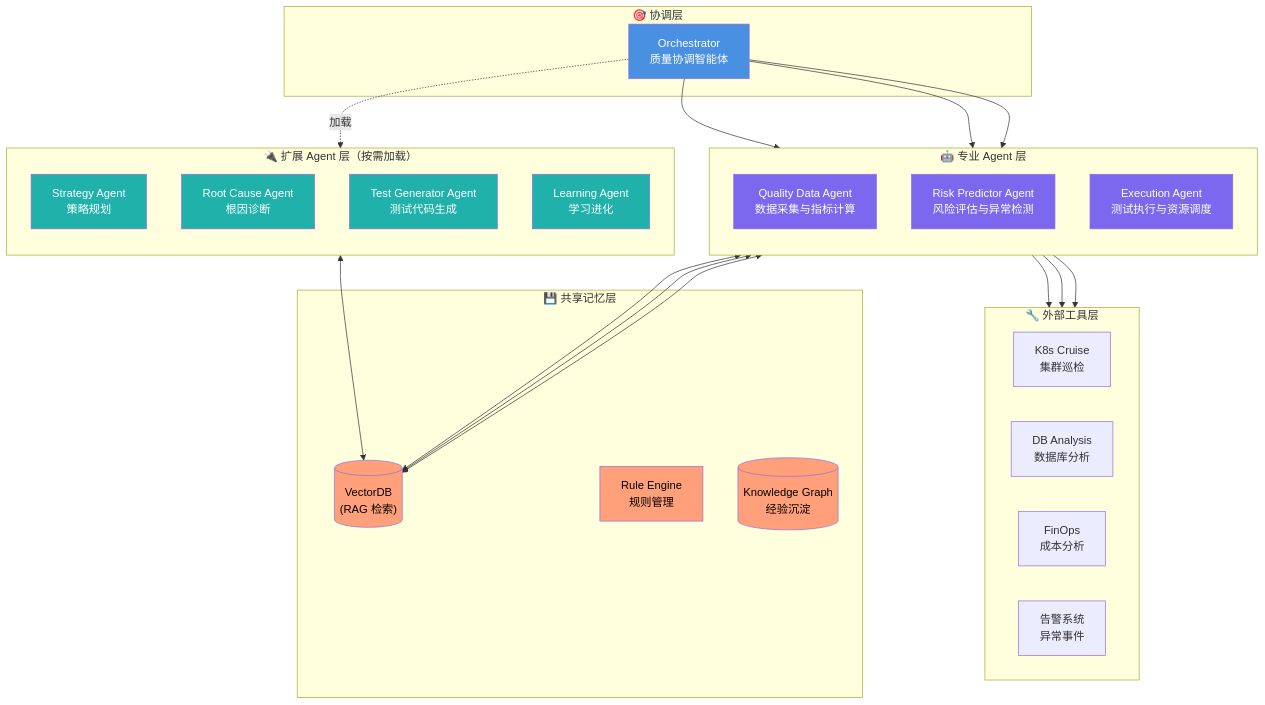
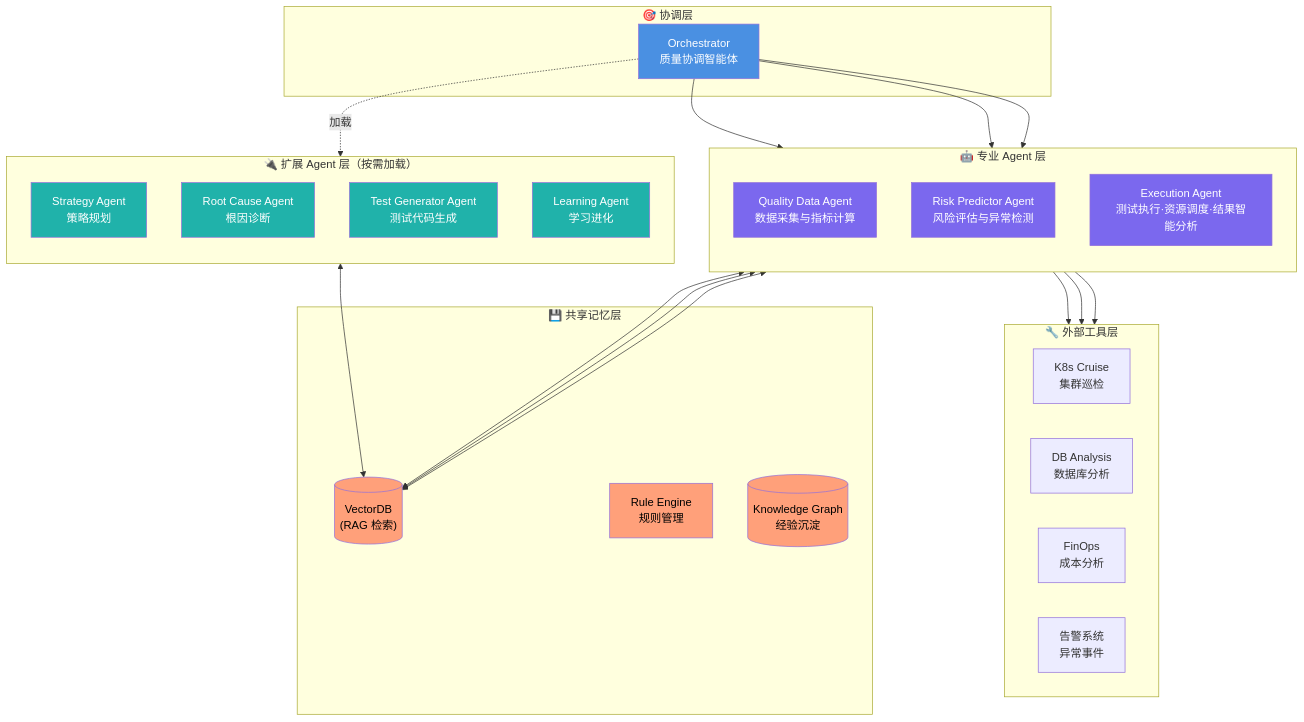
Before and after one commit to buhaiqing/ai-testing: the diagram in AGENTS.md, drawn with Mermaid. The commit also changed other lines of this file and 11 other files, not shown here.

````diff
--- a/AGENTS.md
+++ b/AGENTS.md
@@ -181,60 +85,60 @@
 ```mermaid
 graph TB
     subgraph Coordination["🎯 协调层"]
         Orchestrator["Orchestrator<br/>质量协调智能体"]
     end
     
     subgraph ProfessionalAgents["🤖 专业 Agent 层"]
         direction TB
         QDA["Quality Data Agent<br/>数据采集与指标计算"]
         RPA["Risk Predictor Agent<br/>风险评估与异常检测"]
-        EA["Execution Agent<br/>测试执行与资源调度"]
+        EA["Execution Agent<br/>测试执行·资源调度·结果智能分析"]
     end
     
     subgraph ExtensionAgents["🔌 扩展 Agent 层（按需加载）"]
         direction TB
         SA["Strategy Agent<br/>策略规划"]
         RCA["Root Cause Agent<br/>根因诊断"]
         TGA["Test Generator Agent<br/>测试代码生成"]
         LA["Learning Agent<br/>学习进化"]
     end
     
     subgraph Memory["💾 共享记忆层"]
         VectorDB[("VectorDB<br/>(RAG 检索)")]
         RuleEngine["Rule Engine<br/>规则管理"]
         KG[("Knowledge Graph<br/>经验沉淀")]
     end
     
     subgraph Tools["🔧 外部工具层"]
         K8s["K8s Cruise<br/>集群巡检"]
         DB["DB Analysis<br/>数据库分析"]
         FinOps["FinOps<br/>成本分析"]
         Alert["告警系统<br/>异常事件"]
     end
     
     Orchestrator --> QDA
     Orchestrator --> RPA
     Orchestrator --> EA
     Orchestrator -.加载.-> ExtensionAgents
     
     QDA <--> VectorDB
     RPA <--> VectorDB
     EA <--> VectorDB
     ExtensionAgents <--> VectorDB
     
     QDA --> Tools
     RPA --> Tools
     EA --> Tools
     
     style Orchestrator fill:#4A90E2,color:#fff
     style QDA fill:#7B68EE,color:#fff
     style RPA fill:#7B68EE,color:#fff
     style EA fill:#7B68EE,color:#fff
     style SA fill:#20B2AA,color:#fff
     style RCA fill:#20B2AA,color:#fff
     style TGA fill:#20B2AA,color:#fff
     style LA fill:#20B2AA,color:#fff
     style VectorDB fill:#FFA07A,color:#000
     style RuleEngine fill:#FFA07A,color:#000
     style KG fill:#FFA07A,color:#000
 ```
````
